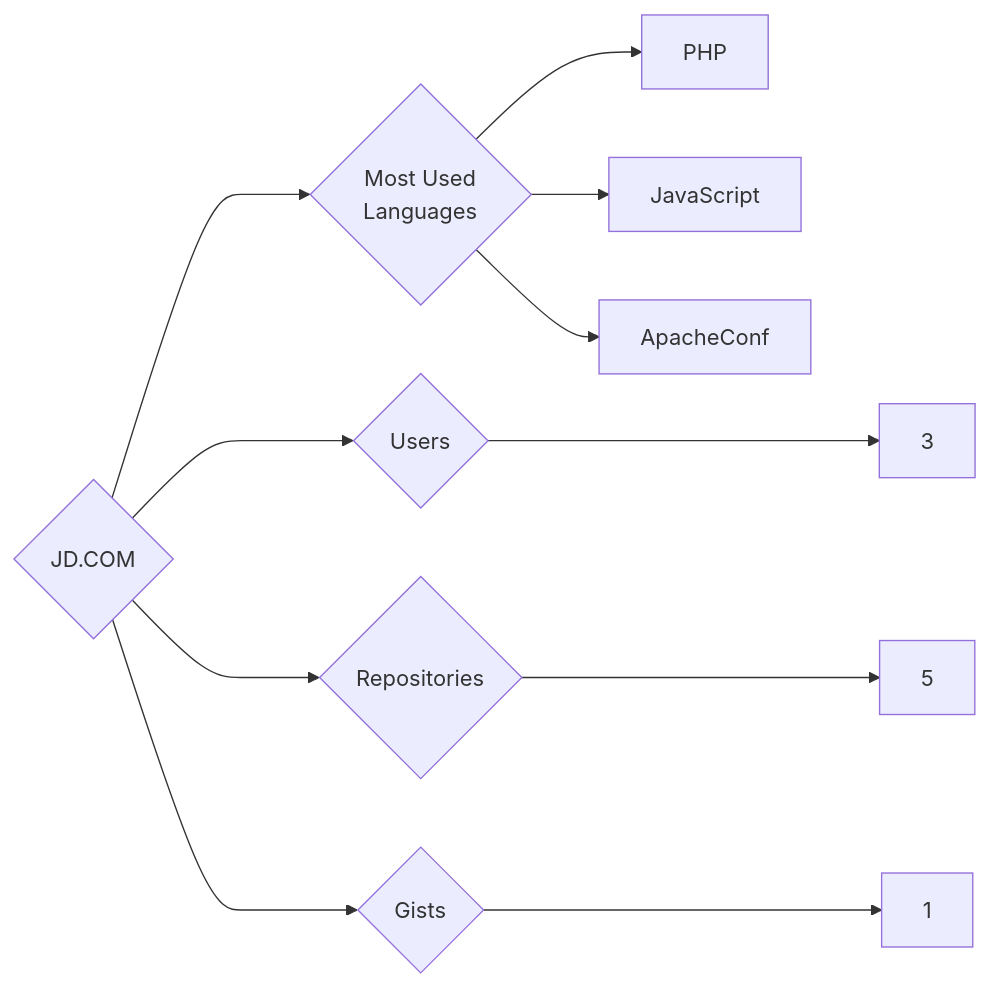
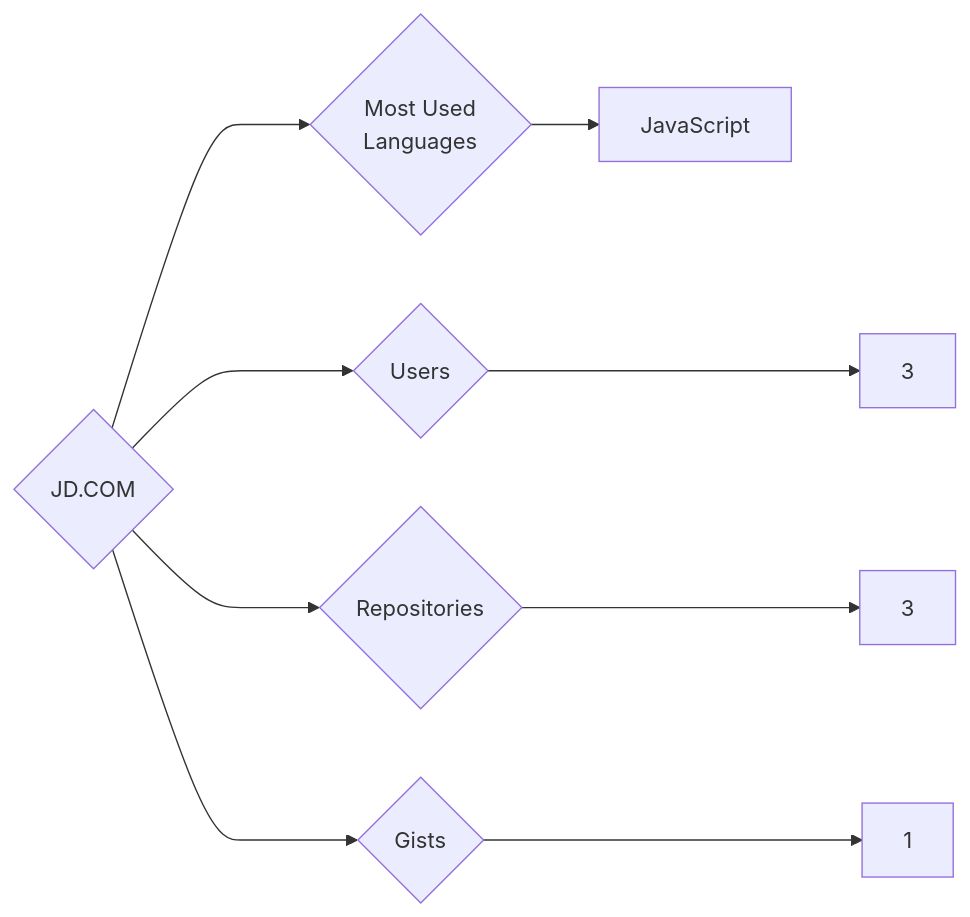
The diagram in targets/JD.COM/README.md (trickest/insiders), drawn with Mermaid before and after one commit. The commit also changed 681 other files, not shown here.

````diff
--- a/targets/JD.COM/README.md
+++ b/targets/JD.COM/README.md
@@ -3,11 +3,9 @@
 ```mermaid
 graph LR
 COMPANY_NAME{JD.COM}
 COMPANY_NAME ---> U{Users} ---> UN[3]
-COMPANY_NAME ---> R{Repositories} ---> RN[5]
+COMPANY_NAME ---> R{Repositories} ---> RN[3]
 COMPANY_NAME ---> G{Gists} ---> GN[1]
 COMPANY_NAME ---> ML{Most Used<br>Languages}
-ML --> PHP[PHP]
 ML --> JavaScript[JavaScript]
-ML --> ApacheConf[ApacheConf]
 ```
````
